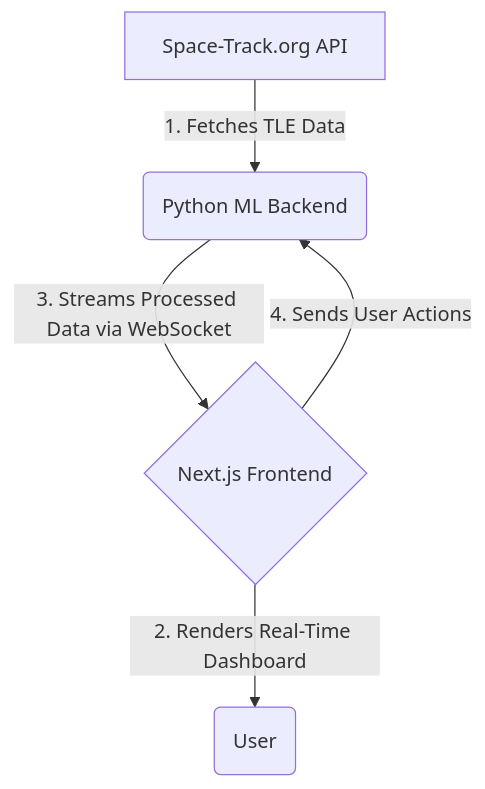
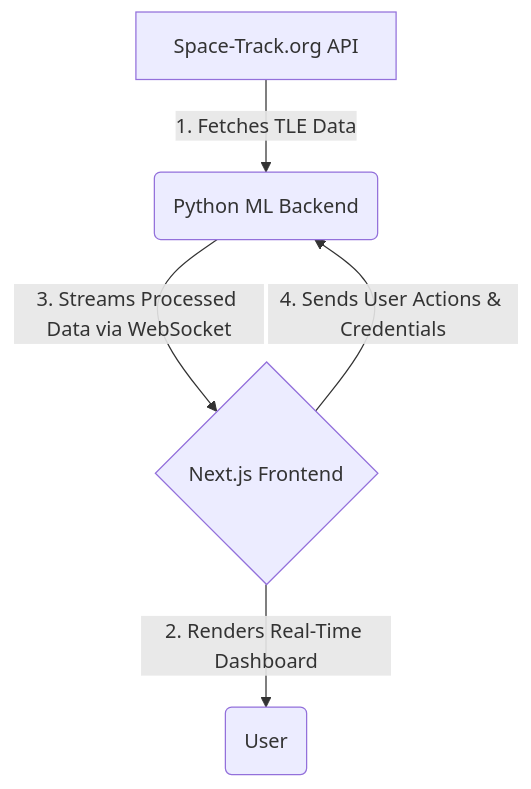
The diagram in README.md (ritvikindupuri/SENTINEL-X), drawn with Mermaid before and after one commit. The commit also changed other lines of this file and 2 other files, not shown here.

````diff
--- a/README.md
+++ b/README.md
@@ -41,7 +43,7 @@
 ```mermaid
 graph TD
     A[Space-Track.org API] -->|1. Fetches TLE Data| B(Python ML Backend);
     B -->|3. Streams Processed Data via WebSocket| C{Next.js Frontend};
     C -->|2. Renders Real-Time Dashboard| D(User);
-    C -->|4. Sends User Actions| B;
+    C -->|4. Sends User Actions & Credentials| B;
 ```
````
